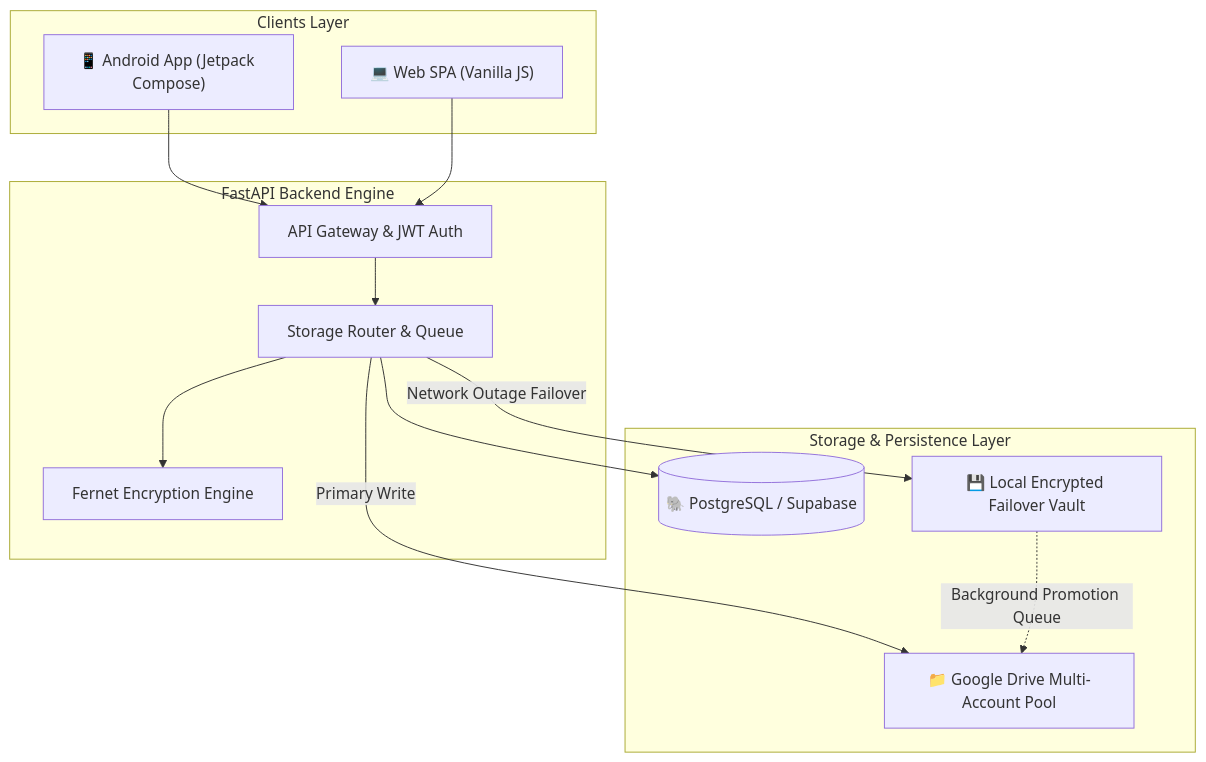
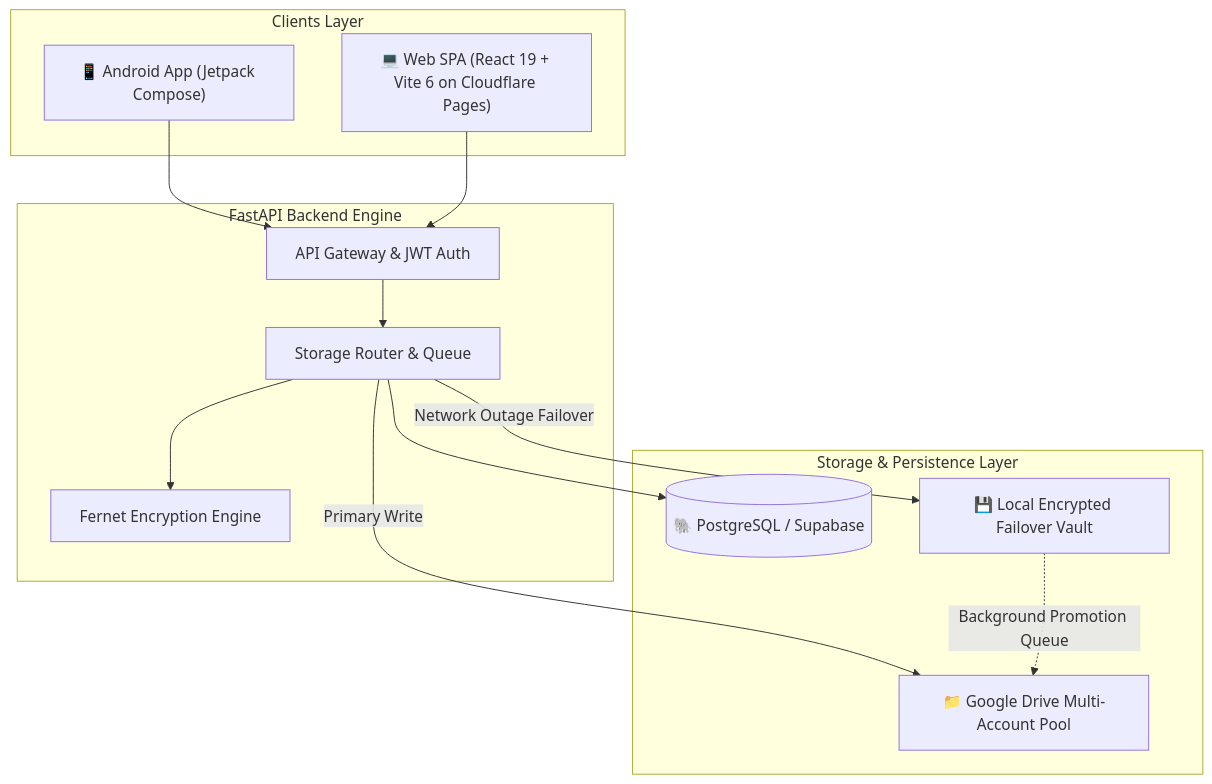
The diagram in README.md (ra901625072-boop/FamDoc), drawn with Mermaid before and after one commit. The commit also changed other lines of this file and 2 other files, not shown here.

````diff
--- a/README.md
+++ b/README.md
@@ -50,28 +50,28 @@
 ```mermaid
 flowchart TD
     subgraph Clients["Clients Layer"]
         A["📱 Android App (Jetpack Compose)"]
-        B["💻 Web SPA (Vanilla JS)"]
+        B["💻 Web SPA (React 19 + Vite 6 on Cloudflare Pages)"]
     end
 
     subgraph Backend["FastAPI Backend Engine"]
         C["API Gateway & JWT Auth"]
         D["Storage Router & Queue"]
         E["Fernet Encryption Engine"]
     end
 
     subgraph Storage["Storage & Persistence Layer"]
         F[("🐘 PostgreSQL / Supabase")]
         G["📁 Google Drive Multi-Account Pool"]
         H["💾 Local Encrypted Failover Vault"]
     end
 
     A --> C
     B --> C
     C --> D
     D --> E
     D --> F
     D -->|Primary Write| G
     D -->|Network Outage Failover| H
     H -.->|Background Promotion Queue| G
 ```
````
